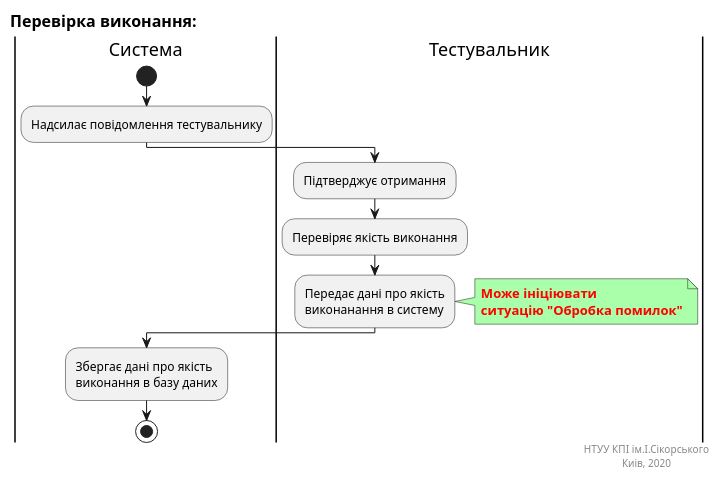
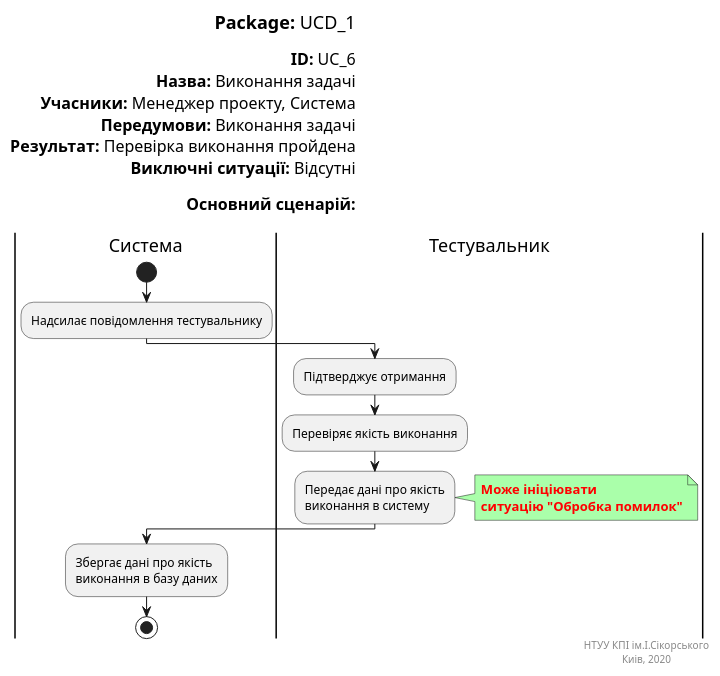
The diagram in docs/puml/handleResult.puml (Jirobus/Core), drawn with PlantUML before and after one commit.

```diff
--- a/docs/puml/handleResult.puml
+++ b/docs/puml/handleResult.puml
@@ -1,30 +1,39 @@
-@startuml handleResultUC
+@startuml
+left header
+<font color=000 size=18><b>Package:</b> UCD_1
 
-left header
-<font size=16 color=black><b>Перевірка виконання:</b> 
+<font color=000 size=16><b>ID:</b> UC_6
+<font color=000 size=16><b>Назва:</b> Виконання задачі
+<font color=000 size=16><b>Учасники:</b> Менеджер проекту, Система
+<font color=000 size=16><b>Передумови:</b> Виконання задачі
+<font color=000 size=16><b>Результат:</b> Перевірка виконання пройдена
+<font color=000 size=16><b>Виключні ситуації:</b> Відсутні
+
+<font color=000 size=16><b>Основний сценарій:</b> 
+
 end header
 
 |Система|
 start
 :Надсилає повідомлення тестувальнику;
 
 |Тестувальник|
 :Підтверджує отримання;
 :Перевіряє якість виконання;
 :Передає дані про якість
-виконанання в систему;
+виконання в систему;
 note right #aaffaa
 <font color=red><b>Може ініціювати
 <font color=red><b>ситуацію "Обробка помилок"
 end note
 
 |Система|
 :Збергає дані про якість
 виконання в базу даних;
 stop
 
 right footer
 НТУУ КПІ ім.І.Сікорського
 Киів, 2020 
 end footer
 @enduml
```
